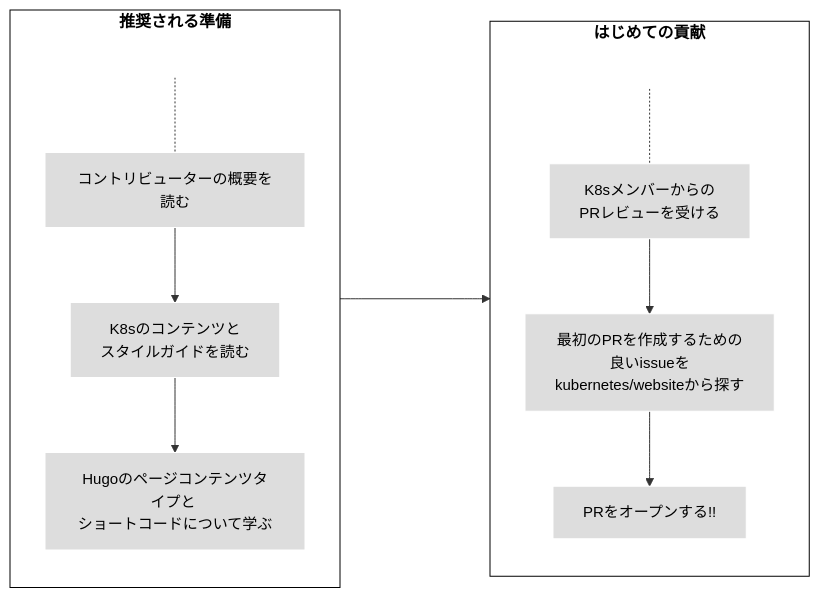
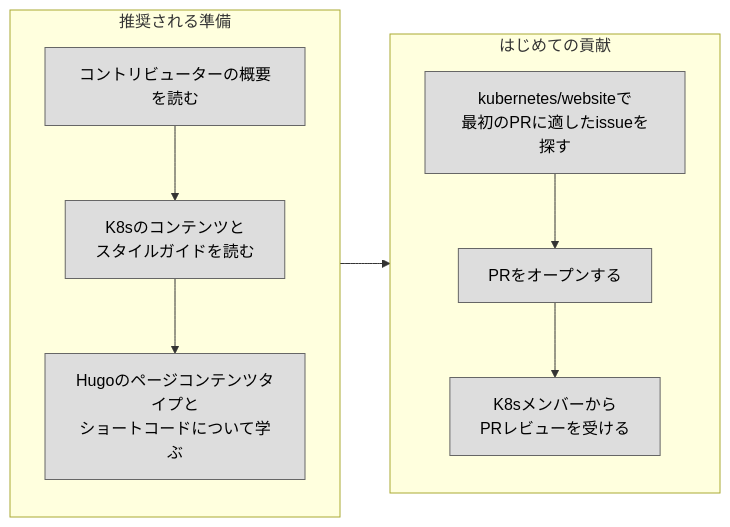
One commit to UnagamiKanta/k8s-website changed the second of 2 diagrams in content/ja/docs/contribute/docs.md. Above: the diagram before and after it, drawn with Mermaid. The commit also changed other lines of this file, not shown here.

Commit message:
[ja] Simplify contributor Mermaid diagrams

```diff
--- a/content/ja/docs/contribute/docs.md
+++ b/content/ja/docs/contribute/docs.md
@@ -98,26 +89,19 @@
 {{< mermaid >}}
 flowchart LR
-    subgraph second[はじめての貢献]
-    direction TB
-    S[ ] -.-
-    G[K8sメンバーからの <br>PRレビューを受ける] -->
-    A[最初のPRを作成するための <br>良いissueを <br>kubernetes/websiteから探す] --> B[PRをオープンする!!]
-    end
     subgraph first[推奨される準備]
-    direction TB
-       T[ ] -.-
-       D[コントリビューターの概要を読む] -->E[K8sのコンテンツと<br> スタイルガイドを読む]
-       E --> F[Hugoのページコンテンツタイプと <br>ショートコードについて学ぶ]
+        direction TB
+        D["コントリビューターの概要を読む"] --> E["K8sのコンテンツと<br>スタイルガイドを読む"]
+        E --> F["Hugoのページコンテンツタイプと<br>ショートコードについて学ぶ"]
     end
 
+    subgraph second[はじめての貢献]
+        direction TB
+        A["kubernetes/websiteで<br>最初のPRに適したissueを探す"] --> B["PRをオープンする"]
+        B --> G["K8sメンバーから<br>PRレビューを受ける"]
+    end
 
-    first ----> second
+    first --> second
 
-
-classDef grey fill:#dddddd,stroke:#ffffff,stroke-width:px,color:#000000, font-size:15px;
-classDef white fill:#ffffff,stroke:#000,stroke-width:px,color:#000,font-weight:bold
-classDef spacewhite fill:#ffffff,stroke:#fff,stroke-width:0px,color:#000
-class A,B,D,E,F,G grey
-class S,T spacewhite
-class first,second white
+classDef step fill:#dddddd,stroke:#666666,color:#000000
+class A,B,D,E,F,G step
 {{< /mermaid >}}
```
